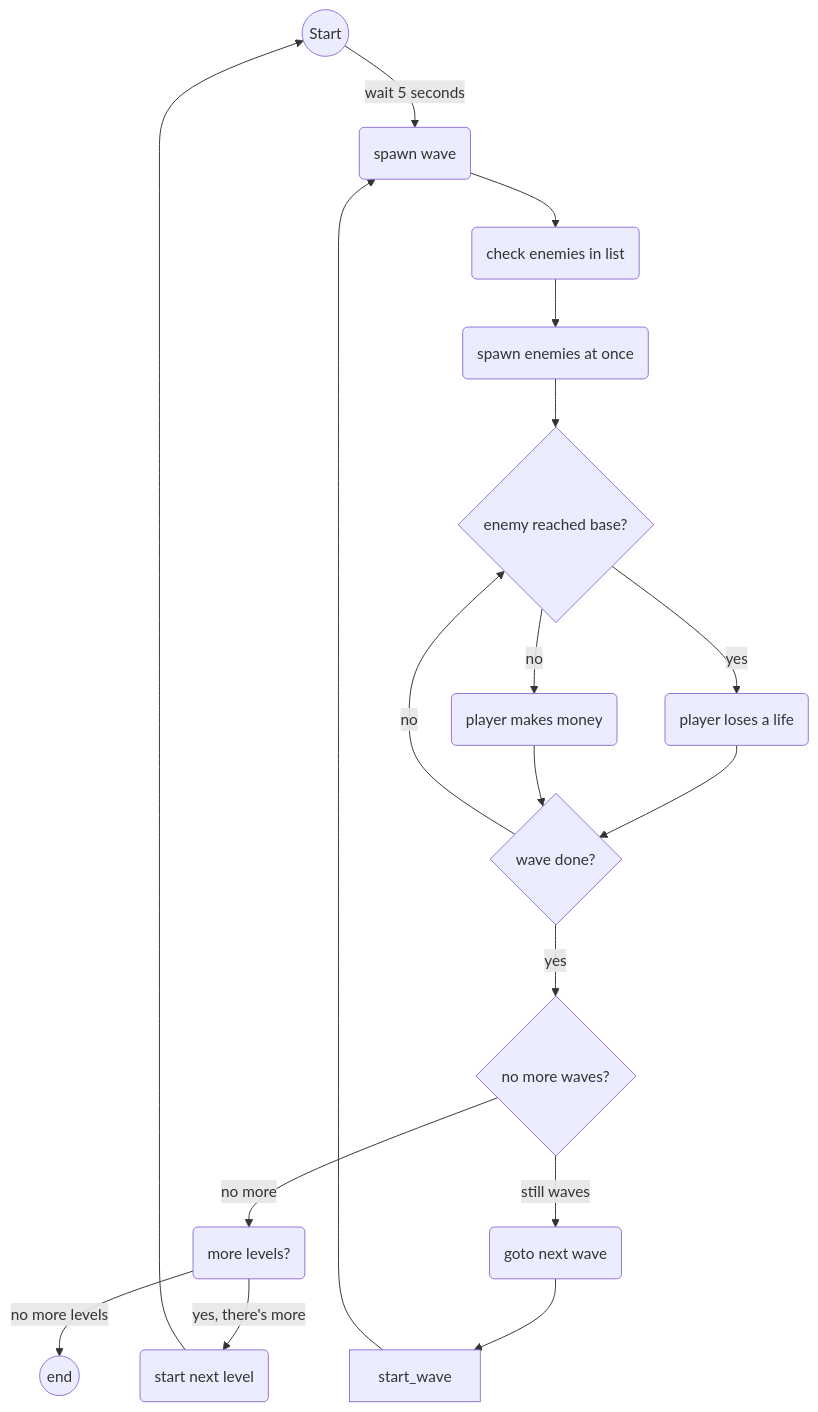
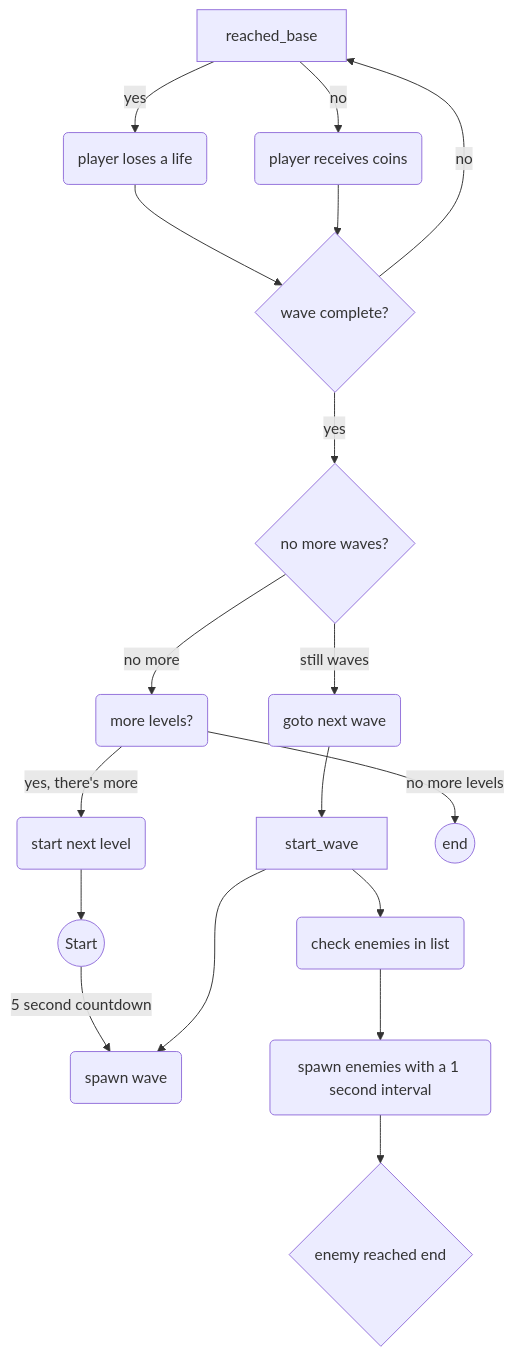
The diagram in README.md (DutchMTC/Tower-Defense), drawn with Mermaid before and after one commit. The commit also changed other lines of this file, not shown here.

Commit message:
flowchart 1

````diff
--- a/README.md
+++ b/README.md
@@ -3,21 +3,21 @@
 ```mermaid
 flowchart TD
 
-start((Start)) -->|wait 5 seconds| spawn_w(spawn wave)
-spawn_w --> checken(check enemies in list)
-checken --> spawn_e(spawn enemies at once)
-spawn_e --> reached_base{enemy reached base?}
+start((Start)) -->|5 second countdown| spawn_w(spawn wave)
+start_wave --> check_enemies(check enemies in list)
+check_enemies --> spawn_enemies(spawn enemies with a 1 second interval)
+spawn_enemies --> reached_end{enemy reached end}
 reached_base -->|yes| lose_life(player loses a life)
-reached_base -->|no| money(player makes money)
-lose_life --> wave_done{wave done?}
-money --> wave_done
-wave_done -->|no| reached_base
+reached_base -->|no| money(player receives coins)
+lose_life --> wave_complete{wave complete?}
+money --> wave_complete
+wave_complete -->|no| reached_base
 no_more_waves{no more waves?} -->|no more| more_lev(more levels?)
-wave_done -->|yes| no_more_waves
+wave_complete -->|yes| no_more_waves
 no_more_waves -->|still waves| next_wave(goto next wave)
 next_wave --> start_wave
 start_wave --> spawn_w
 more_lev -->|yes, there's more| next_lev(start next level)
 more_lev -->|no more levels| end_d((end))
 next_lev --> start
 ```
````
